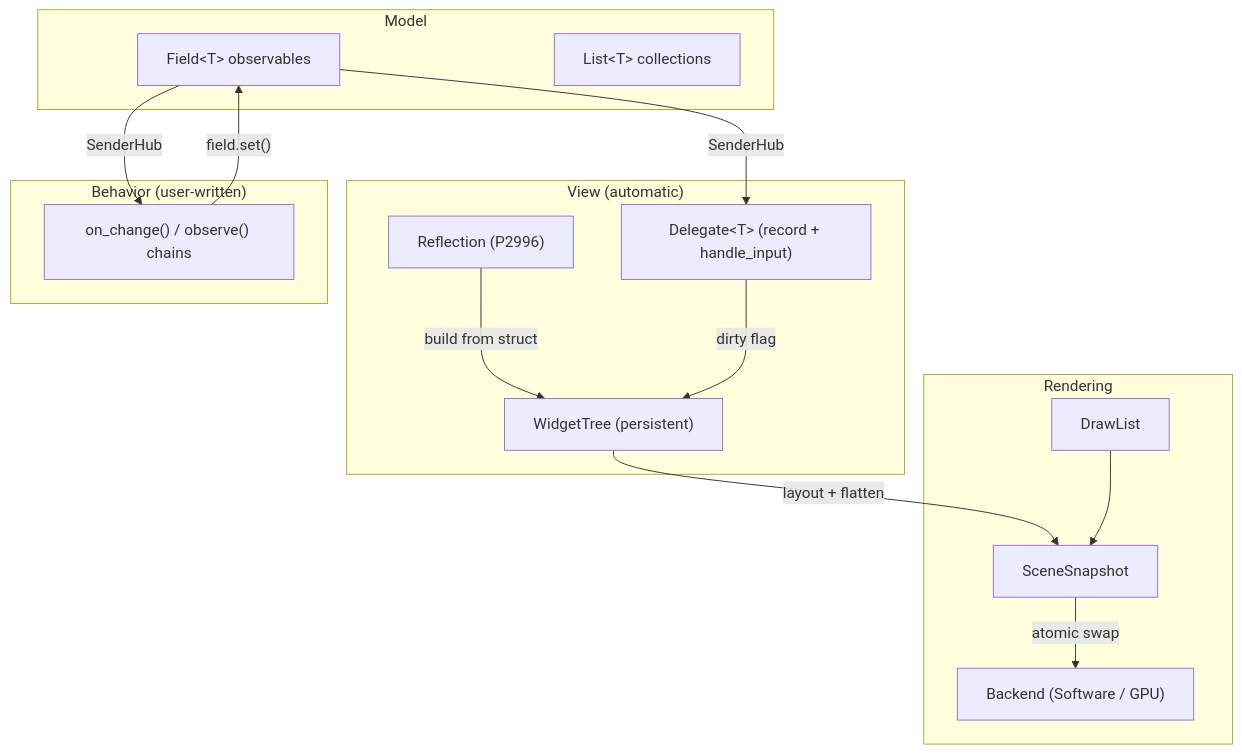
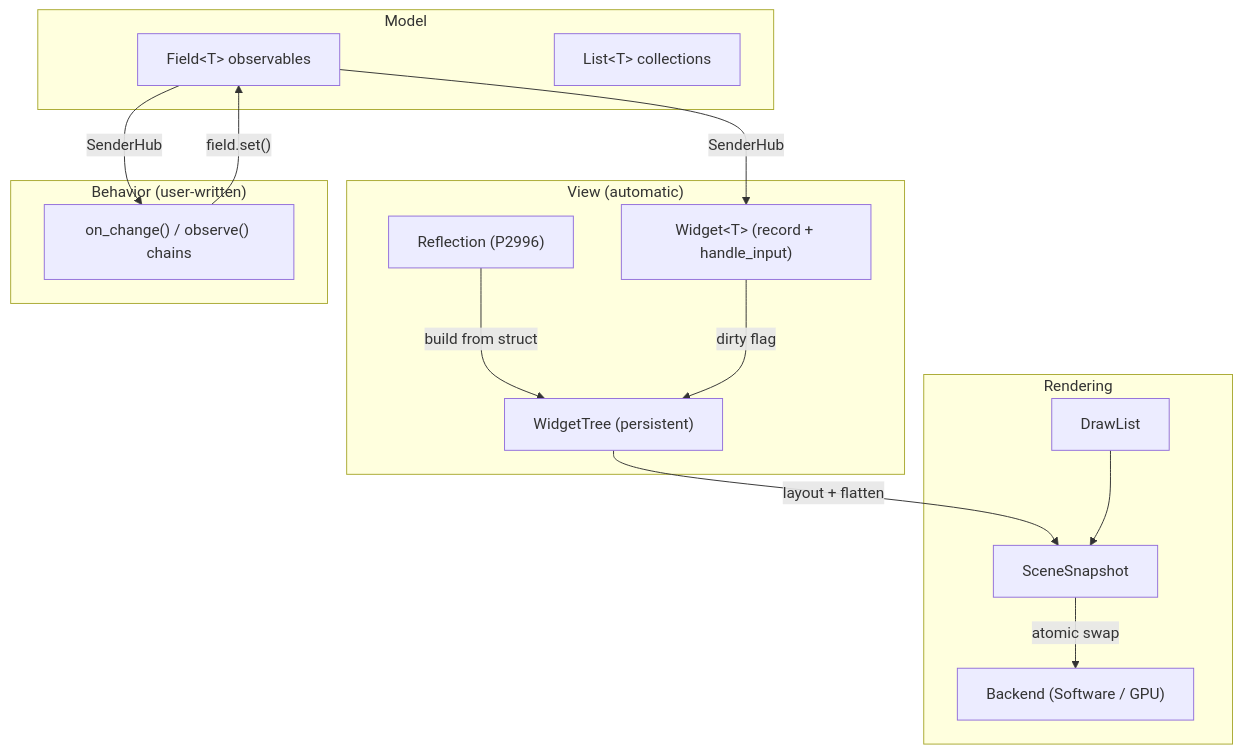
One commit to jeandet/PRSIM changed the diagram in doc/design/README.md. Above: the diagram before and after it, drawn with Mermaid. The commit also changed other lines of this file and 6 other files, not shown here.

First line of the commit message:
docs: rename Delegate<T> to Widget<T> throughout documentation

````diff
--- a/doc/design/README.md
+++ b/doc/design/README.md
@@ -17,32 +17,32 @@
 ```mermaid
 graph TB
     subgraph "Model"
         F["Field&lt;T&gt; observables"]
         L["List&lt;T&gt; collections"]
     end
 
     subgraph "View (automatic)"
-        D["Delegate&lt;T&gt; (record + handle_input)"]
+        D["Widget&lt;T&gt; (record + handle_input)"]
         WT["WidgetTree (persistent)"]
         R["Reflection (P2996)"]
     end
 
     subgraph "Behavior (user-written)"
         B["on_change() / observe() chains"]
     end
 
     subgraph "Rendering"
         DL["DrawList"]
         SS["SceneSnapshot"]
         BE["Backend (Software / GPU)"]
     end
 
     F -->|"SenderHub"| D
     F -->|"SenderHub"| B
     B -->|"field.set()"| F
     R -->|"build from struct"| WT
     D -->|"dirty flag"| WT
     WT -->|"layout + flatten"| SS
     SS -->|"atomic swap"| BE
     DL --> SS
 ```
````
